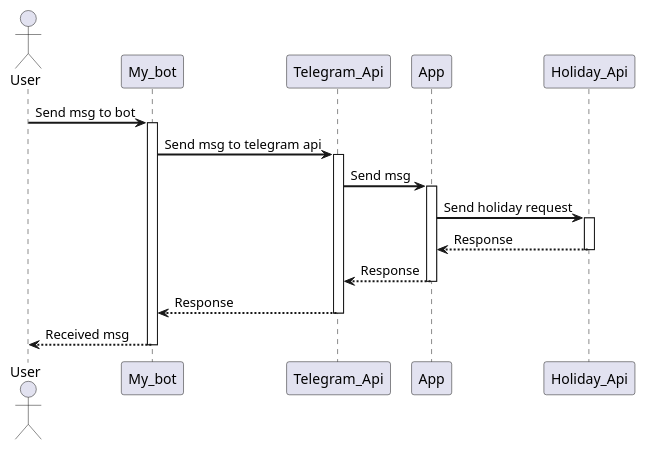
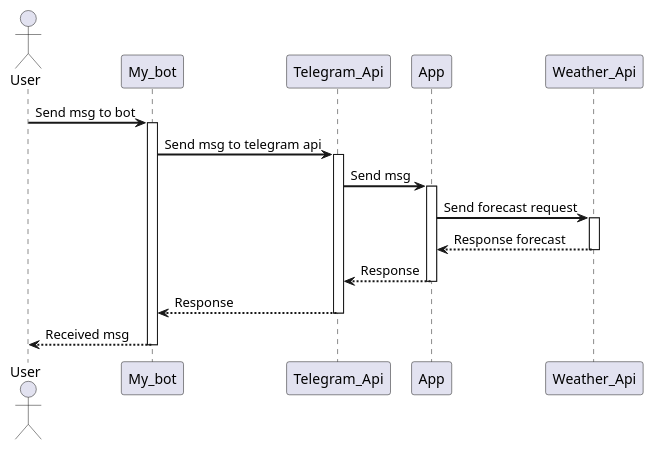
One commit to vaskania/weather-bot changed the diagram in DESIGN.md. Above: the diagram before and after it, drawn with PlantUML. The commit also changed other lines of this file, not shown here.

```diff
--- a/DESIGN.md
+++ b/DESIGN.md
@@ -13,23 +12,23 @@
 @startuml
 skinparam sequenceArrowThickness 2
 
 actor User
 
 User -> My_bot: Send msg to bot
 activate My_bot
 My_bot -> Telegram_Api: Send msg to telegram api
 activate Telegram_Api
 Telegram_Api -> App : Send msg
 activate App
-App -> Holiday_Api : Send holiday request
-activate Holiday_Api
+App -> Weather_Api : Send forecast request
+activate Weather_Api
 
-Holiday_Api--> App : Response
-deactivate Holiday_Api
+Weather_Api--> App : Response forecast
+deactivate Weather_Api
 App--> Telegram_Api: Response
 deactivate App
 Telegram_Api--> My_bot: Response
 deactivate Telegram_Api
 My_bot --> User: Received msg
 deactivate My_bot
 @enduml
```
